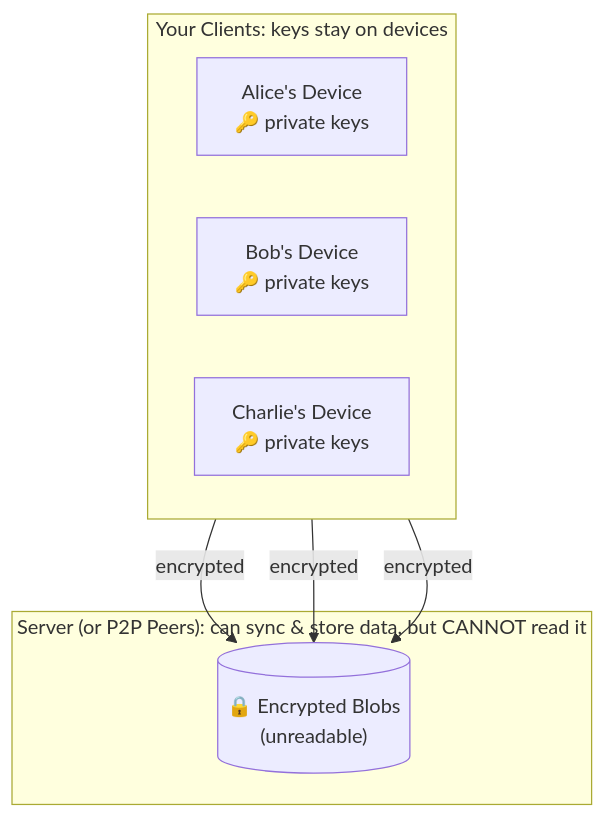
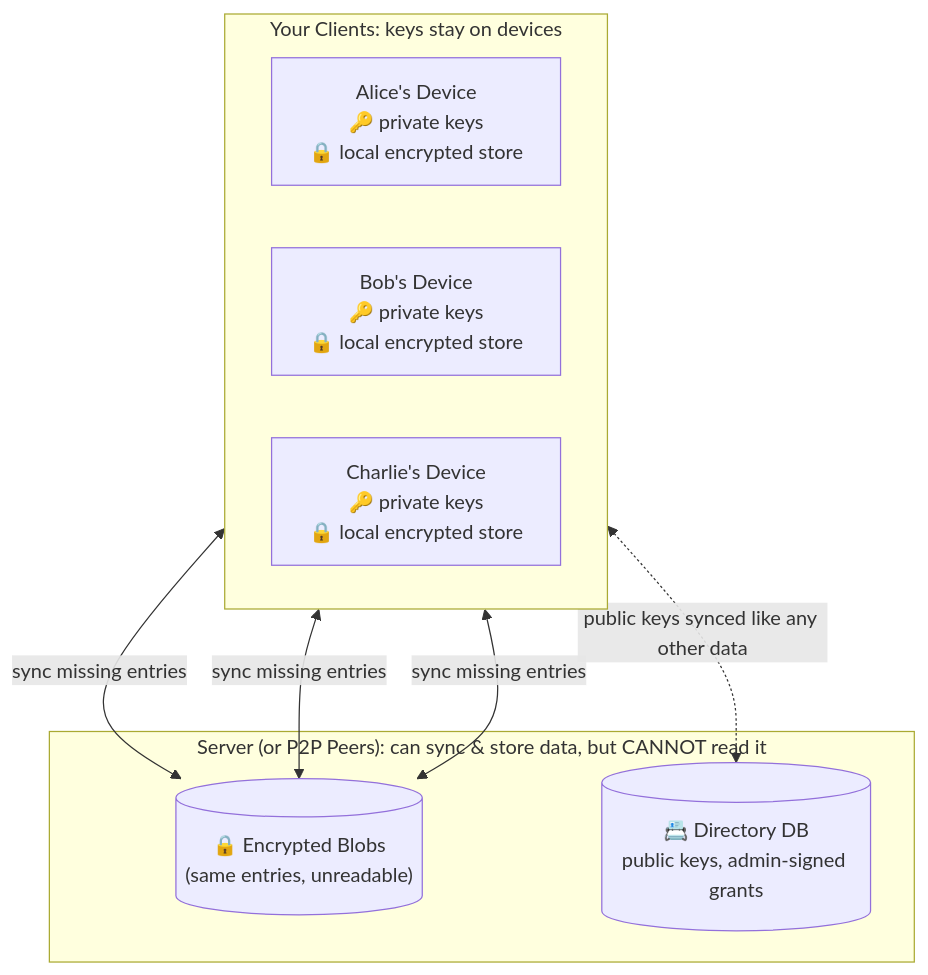
One commit to klehmann/MindooDB changed the diagram in README.md. Above: the diagram before and after it, drawn with Mermaid. The commit also changed other lines of this file, not shown here.

````diff
--- a/README.md
+++ b/README.md
@@ -24,17 +22,19 @@
 ```mermaid
 flowchart TB
     subgraph clients["Your Clients: keys stay on devices"]
         direction LR
-        A["Alice's Device<br/>🔑 private keys"]
-        B["Bob's Device<br/>🔑 private keys"]
-        C["Charlie's Device<br/>🔑 private keys"]
+        A["Alice's Device<br/>🔑 private keys<br/>🔒 local encrypted store"]
+        B["Bob's Device<br/>🔑 private keys<br/>🔒 local encrypted store"]
+        C["Charlie's Device<br/>🔑 private keys<br/>🔒 local encrypted store"]
     end
 
     subgraph server["Server (or P2P Peers): can sync & store data, but CANNOT read it"]
-        S[("🔒 Encrypted Blobs<br/>(unreadable)")]
+        S[("🔒 Encrypted Blobs<br/>(same entries, unreadable)")]
+        D[("📇 Directory DB<br/>public keys, admin-signed grants")]
     end
 
-    A -- encrypted --> S
-    B -- encrypted --> S
-    C -- encrypted --> S
+    A <-- "sync missing entries" --> S
+    B <-- "sync missing entries" --> S
+    C <-- "sync missing entries" --> S
+    clients <-. "public keys synced like any other data" .-> D
 ```
````
